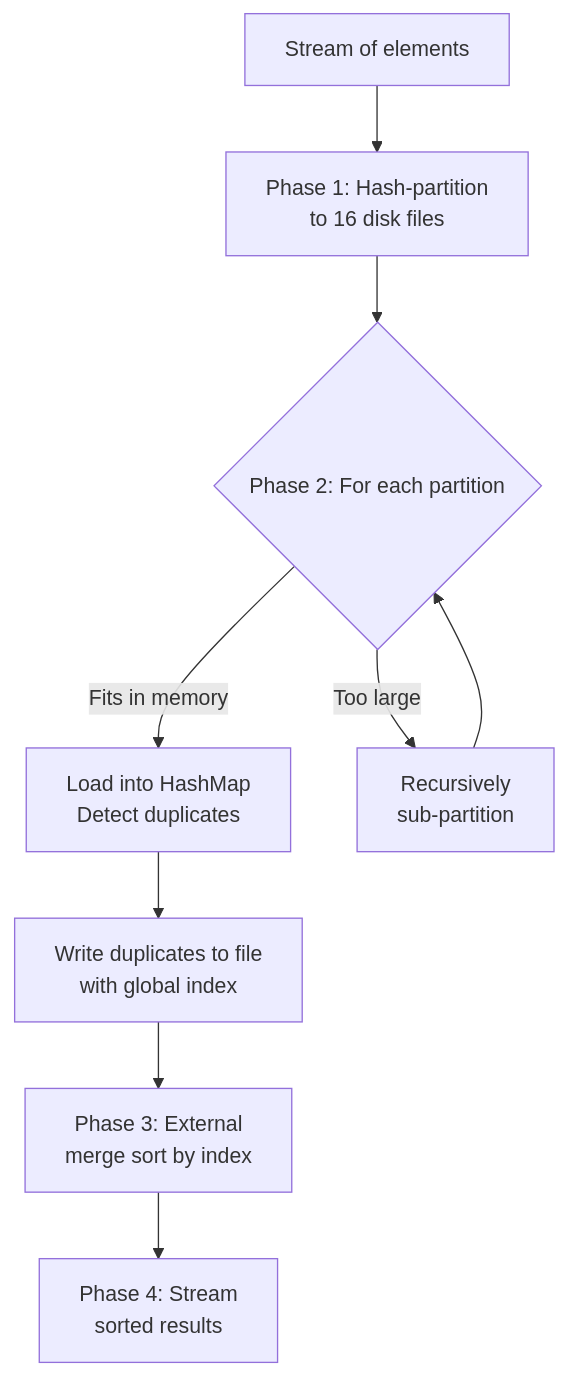
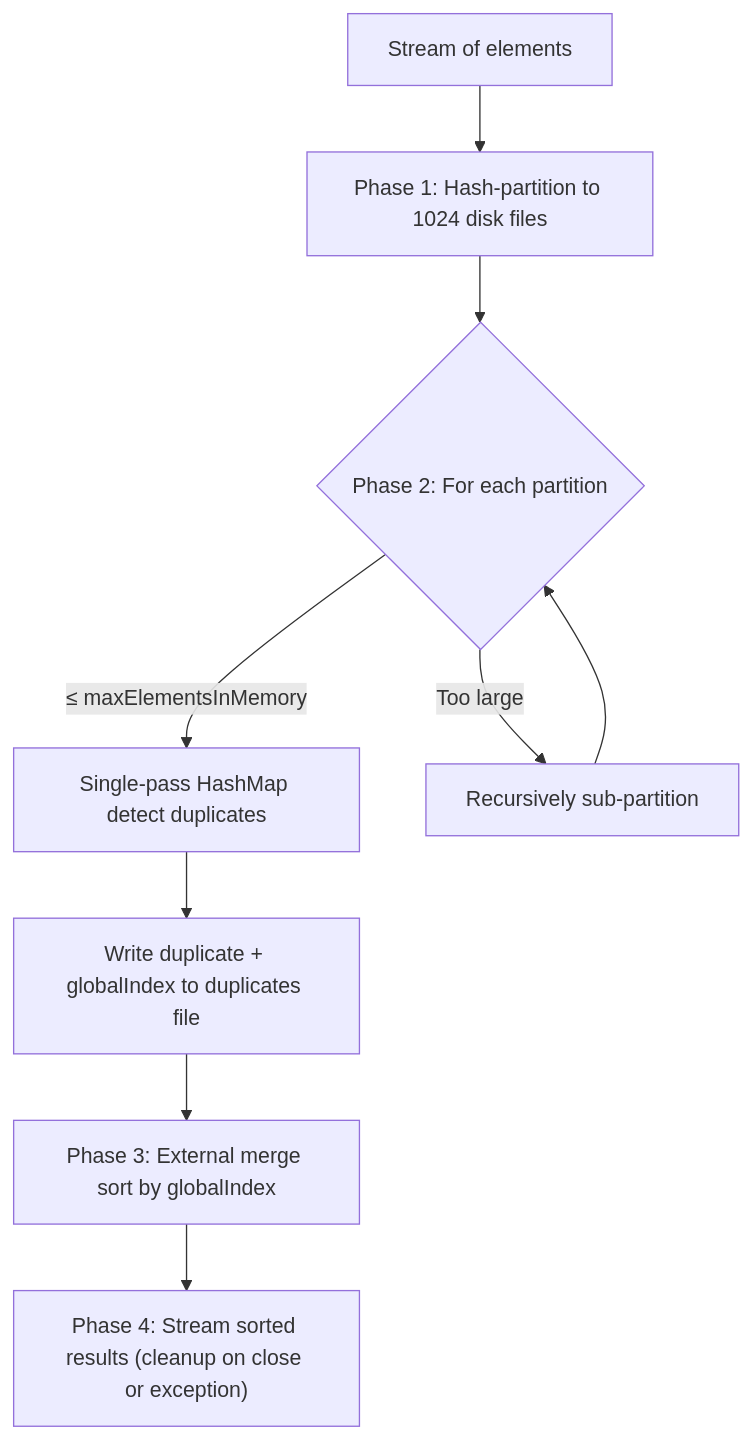
Before and after one commit to waridrox/duplicate-finder: the diagram in README.md, drawn with Mermaid. The commit also changed other lines of this file, not shown here.

Commit message:
docs: update mermaid diagram and text to reflect 1024 partitions and improvements

````diff
--- a/README.md
+++ b/README.md
@@ -20,11 +20,11 @@
 ```mermaid
 flowchart TD
-    A["Stream of elements"] --> B["Phase 1: Hash-partition\nto 16 disk files"]
+    A["Stream of elements"] --> B["Phase 1: Hash-partition to 1024 disk files"]
     B --> C{"Phase 2: For each partition"}
-    C -- "Fits in memory" --> D["Load into HashMap\nDetect duplicates"]
-    C -- "Too large" --> E["Recursively\nsub-partition"]
+    C -- "≤ maxElementsInMemory" --> D["Single-pass HashMap detect duplicates"]
+    C -- "Too large" --> E["Recursively sub-partition"]
     E --> C
-    D --> F["Write duplicates to file\nwith global index"]
-    F --> G["Phase 3: External\nmerge sort by index"]
-    G --> H["Phase 4: Stream\nsorted results"]
+    D --> F["Write duplicate + globalIndex to duplicates file"]
+    F --> G["Phase 3: External merge sort by globalIndex"]
+    G --> H["Phase 4: Stream sorted results (cleanup on close or exception)"]
 ```
````
